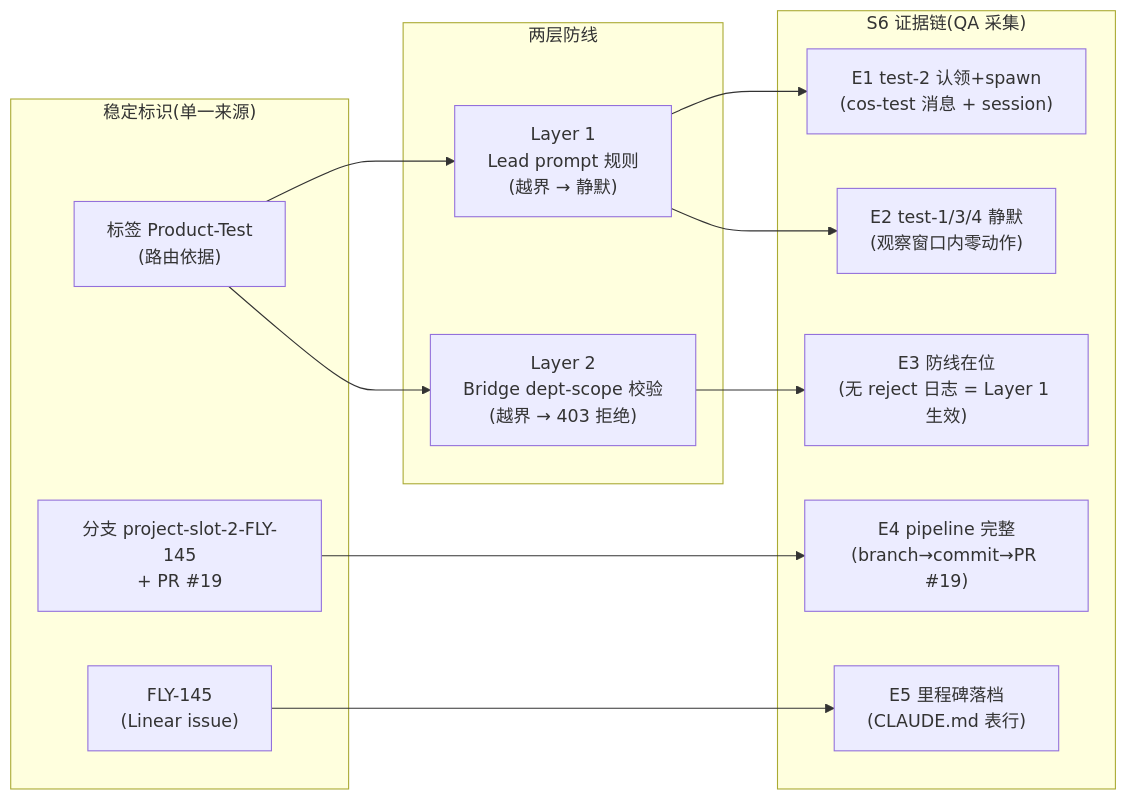
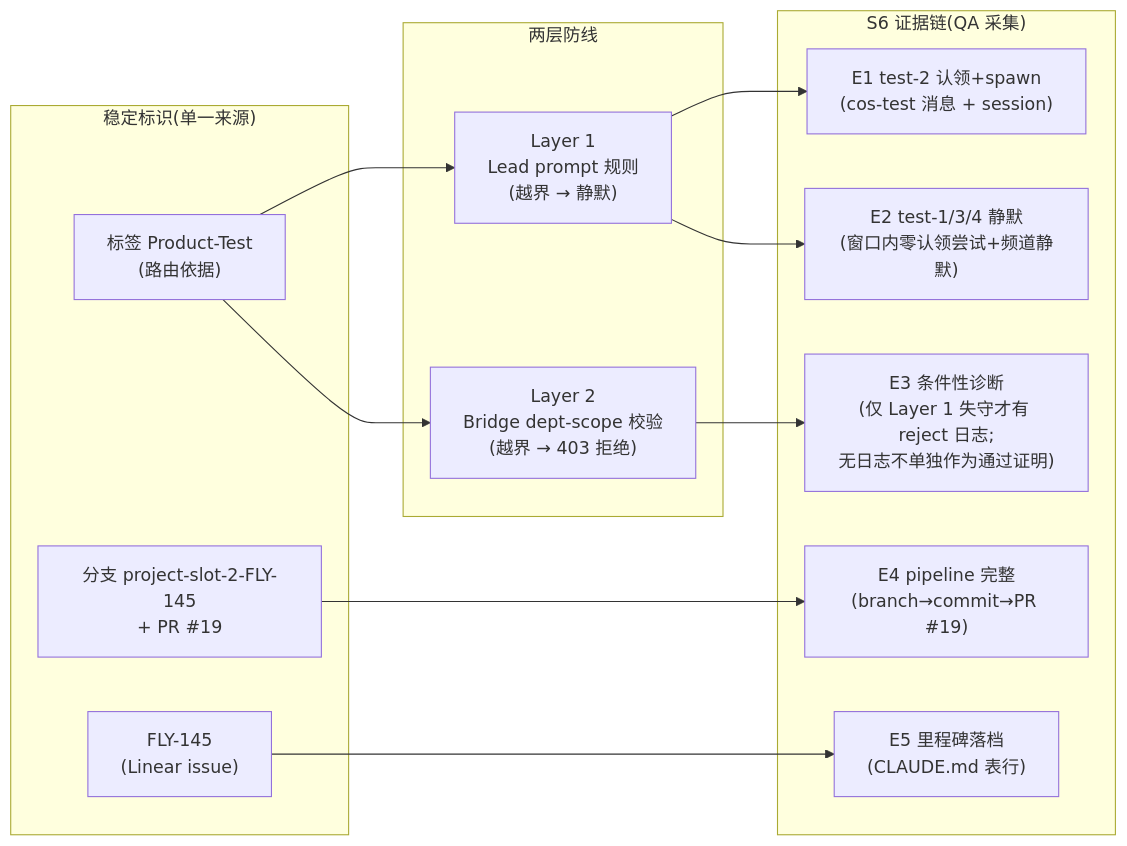
One commit to xrliAnnie/flywheel-qa-sandbox changed the diagram in doc/FLY-145-s6-retry-product-test-slot2/model.mmd. Above: the diagram before and after it, drawn with Mermaid. The commit also changed 5 other files, not shown here.

```diff
--- a/doc/FLY-145-s6-retry-product-test-slot2/model.mmd
+++ b/doc/FLY-145-s6-retry-product-test-slot2/model.mmd
@@ -1,27 +1,27 @@
 flowchart LR
     subgraph IDS["稳定标识(单一来源)"]
         I1["FLY-145<br/>(Linear issue)"]
         I2["标签 Product-Test<br/>(路由依据)"]
         I3["分支 project-slot-2-FLY-145<br/>+ PR #19"]
     end
 
     subgraph DEF["两层防线"]
         D1["Layer 1<br/>Lead prompt 规则<br/>(越界 → 静默)"]
         D2["Layer 2<br/>Bridge dept-scope 校验<br/>(越界 → 403 拒绝)"]
     end
 
     subgraph EV["S6 证据链(QA 采集)"]
         E1["E1 test-2 认领+spawn<br/>(cos-test 消息 + session)"]
-        E2["E2 test-1/3/4 静默<br/>(观察窗口内零动作)"]
-        E3["E3 防线在位<br/>(无 reject 日志 = Layer 1 生效)"]
+        E2["E2 test-1/3/4 静默<br/>(窗口内零认领尝试+频道静默)"]
+        E3["E3 条件性诊断<br/>(仅 Layer 1 失守才有 reject 日志;<br/>无日志不单独作为通过证明)"]
         E4["E4 pipeline 完整<br/>(branch→commit→PR #19)"]
         E5["E5 里程碑落档<br/>(CLAUDE.md 表行)"]
     end
 
     I2 --> D1
     I2 --> D2
     D1 --> E2
     D1 --> E1
     D2 --> E3
     I3 --> E4
     I1 --> E5
```
